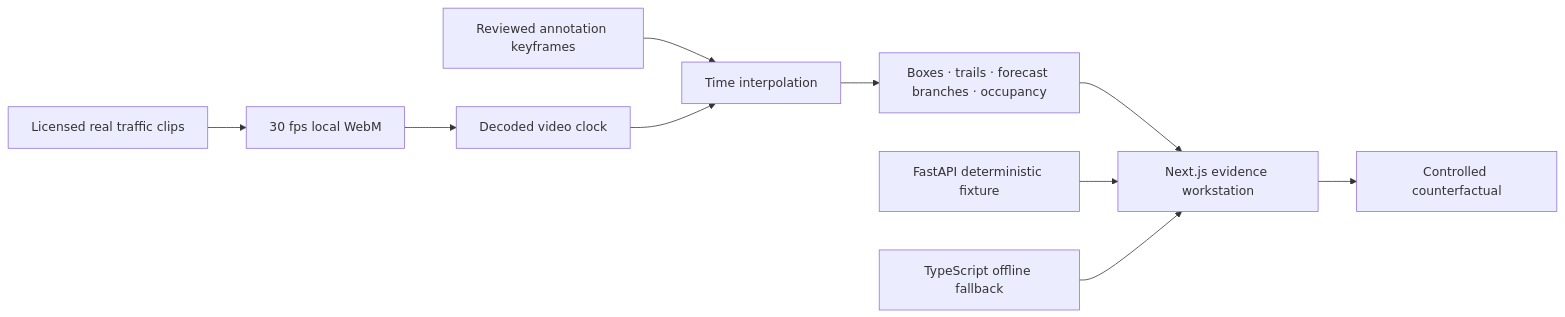
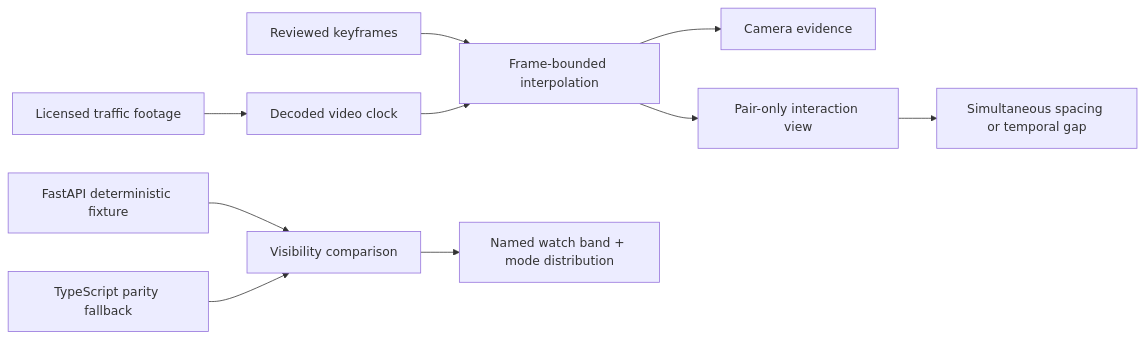
One commit to MarinJursic/MotionForecasting changed the diagram in README.md. Above: the diagram before and after it, drawn with Mermaid. The commit also changed other lines of this file and 15 other files, not shown here.

Commit message:
Ground motion review in real footage

````diff
--- a/README.md
+++ b/README.md
@@ -74,13 +120,12 @@
 ```mermaid
 flowchart LR
-    A["Licensed real traffic clips"] --> B["30 fps local WebM"]
-    C["Reviewed annotation keyframes"] --> D["Time interpolation"]
-    B --> E["Decoded video clock"]
-    E --> D
-    D --> F["Boxes · trails · forecast branches · occupancy"]
-    F --> G["Next.js evidence workstation"]
-
-    H["FastAPI deterministic fixture"] --> G
-    I["TypeScript offline fallback"] --> G
-    G --> J["Controlled counterfactual"]
+    A["Licensed traffic footage"] --> B["Decoded video clock"]
+    C["Reviewed keyframes"] --> D["Frame-bounded interpolation"]
+    B --> D
+    D --> E["Camera evidence"]
+    D --> F["Pair-only interaction view"]
+    F --> G["Simultaneous spacing or temporal gap"]
+    H["FastAPI deterministic fixture"] --> I["Visibility comparison"]
+    J["TypeScript parity fallback"] --> I
+    I --> K["Named watch band + mode distribution"]
 ```
````
